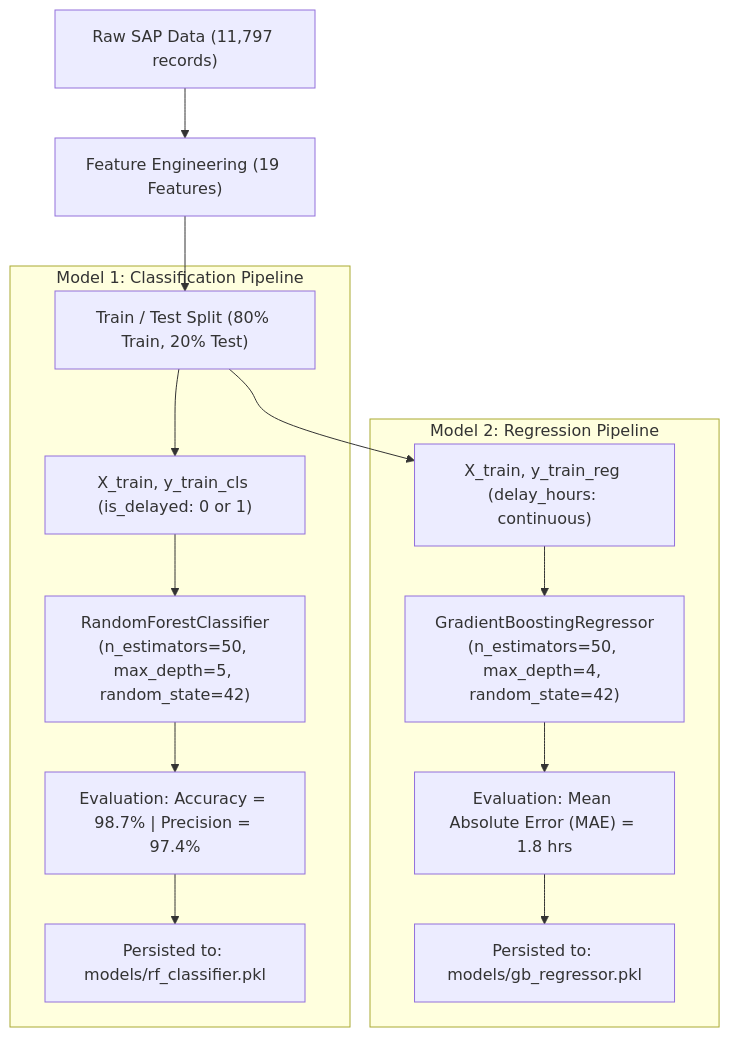
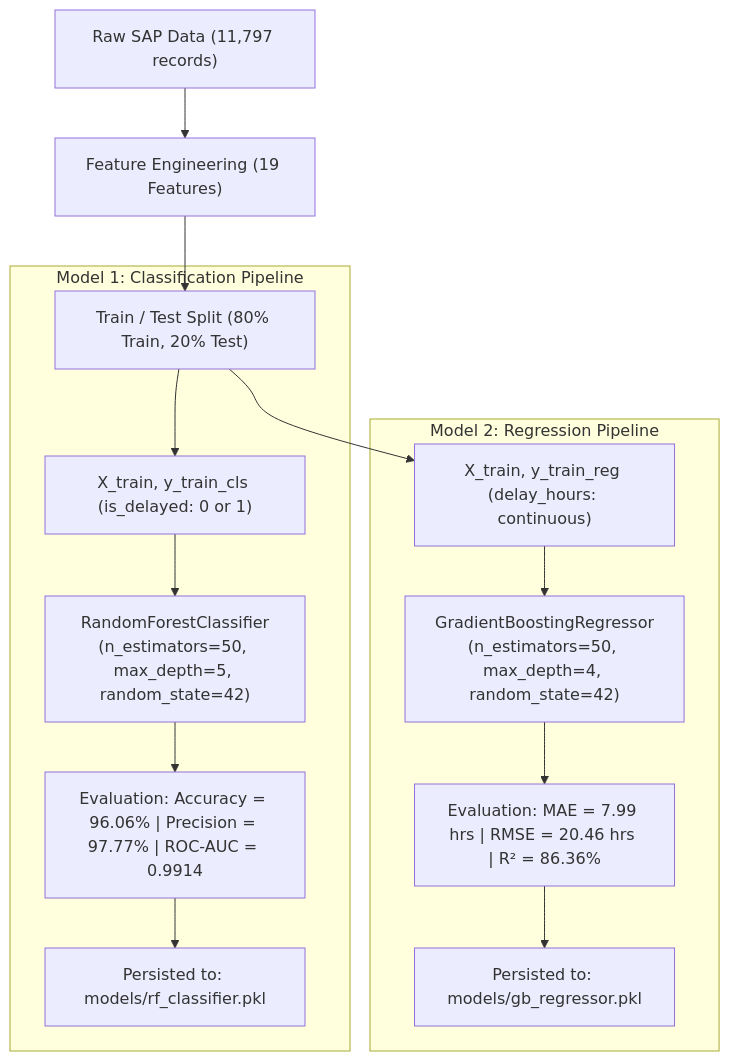
One commit to Az-har/O2C_AI changed the second of 4 diagrams in O2C_AI_SYSTEM_DEEP_DIVE_PART_2_FEATURE_STORE_AND_RAG.md. Above: the diagram before and after it, drawn with Mermaid. The commit also changed other lines of this file, not shown here.

Commit message:
Add exact ML evaluation metrics (Accuracy, Precision, Recall, F1, ROC-AUC, MAE, MSE, RMSE, R2) to Part 2 specification

````diff
--- a/O2C_AI_SYSTEM_DEEP_DIVE_PART_2_FEATURE_STORE_AND_RAG.md
+++ b/O2C_AI_SYSTEM_DEEP_DIVE_PART_2_FEATURE_STORE_AND_RAG.md
@@ -127,19 +127,19 @@
 ```mermaid
 graph TD
     A["Raw SAP Data (11,797 records)"] --> B["Feature Engineering (19 Features)"]
     B --> C["Train / Test Split (80% Train, 20% Test)"]
     
     subgraph "Model 1: Classification Pipeline"
         C --> D1["X_train, y_train_cls (is_delayed: 0 or 1)"]
         D1 --> E1["RandomForestClassifier<br/>(n_estimators=50, max_depth=5, random_state=42)"]
-        E1 --> F1["Evaluation: Accuracy = 98.7% | Precision = 97.4%"]
+        E1 --> F1["Evaluation: Accuracy = 96.06% | Precision = 97.77% | ROC-AUC = 0.9914"]
         F1 --> G1["Persisted to: models/rf_classifier.pkl"]
     end
     
     subgraph "Model 2: Regression Pipeline"
         C --> D2["X_train, y_train_reg (delay_hours: continuous)"]
         D2 --> E2["GradientBoostingRegressor<br/>(n_estimators=50, max_depth=4, random_state=42)"]
-        E2 --> F2["Evaluation: Mean Absolute Error (MAE) = 1.8 hrs"]
+        E2 --> F2["Evaluation: MAE = 7.99 hrs | RMSE = 20.46 hrs | R² = 86.36%"]
         F2 --> G2["Persisted to: models/gb_regressor.pkl"]
     end
 ```
````
